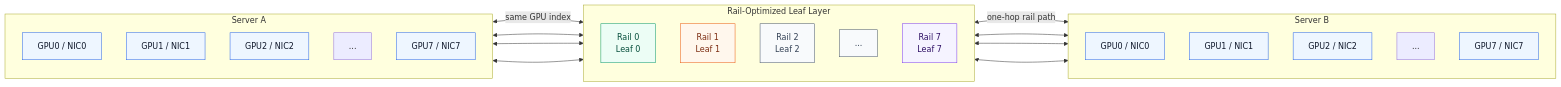
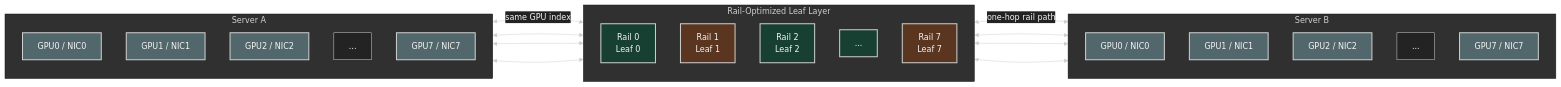
The third of 17 diagrams in ai-data-center-network/chap03/README.md (ziwon/ai-data-center-network), drawn with Mermaid before and after one commit. The commit also changed other lines of this file and 35 other files, not shown here.

Commit message:
docs(mermaid): apply dark diagram style

````diff
--- a/ai-data-center-network/chap03/README.md
+++ b/ai-data-center-network/chap03/README.md
@@ -228,46 +230,47 @@
 ```mermaid
+%%{init: {"theme": "base", "themeVariables": {"background": "#171717", "primaryColor": "#232323", "primaryTextColor": "#f5f5f5", "primaryBorderColor": "#d0d0d0", "lineColor": "#cfcfcf", "fontFamily": "Inter, Arial, sans-serif"}}}%%
 flowchart LR
-    classDef gpu fill:#eef6ff,stroke:#2563eb,color:#0f172a
-    classDef rail0 fill:#ecfdf5,stroke:#059669,color:#064e3b
-    classDef rail1 fill:#fff7ed,stroke:#ea580c,color:#7c2d12
-    classDef rail7 fill:#f5f3ff,stroke:#7c3aed,color:#2e1065
-    classDef switch fill:#f8fafc,stroke:#475569,color:#334155
+    classDef gpu fill:#52676b,stroke:#d0d0d0,color:#f5f5f5,stroke-width:2px;
+    classDef rail0 fill:#173f32,stroke:#d0d0d0,color:#f5f5f5,stroke-width:2px;
+    classDef rail1 fill:#5a3520,stroke:#d0d0d0,color:#f5f5f5,stroke-width:2px;
+    classDef rail7 fill:#5a3520,stroke:#d0d0d0,color:#f5f5f5,stroke-width:2px;
+    classDef switch fill:#173f32,stroke:#d0d0d0,color:#f5f5f5,stroke-width:2px;
 
     subgraph SA["Server A"]
         direction TB
         A0[GPU0 / NIC0]:::gpu
         A1[GPU1 / NIC1]:::gpu
         A2[GPU2 / NIC2]:::gpu
         AX[...]
         A7[GPU7 / NIC7]:::gpu
     end
 
     subgraph RF["Rail-Optimized Leaf Layer"]
         direction TB
         R0[Rail 0<br/>Leaf 0]:::rail0
         R1[Rail 1<br/>Leaf 1]:::rail1
         R2[Rail 2<br/>Leaf 2]:::switch
         RX[...]:::switch
         R7[Rail 7<br/>Leaf 7]:::rail7
     end
 
     subgraph SB["Server B"]
         direction TB
         B0[GPU0 / NIC0]:::gpu
         B1[GPU1 / NIC1]:::gpu
         B2[GPU2 / NIC2]:::gpu
         BX[...]
         B7[GPU7 / NIC7]:::gpu
     end
 
     A0 <-->|same GPU index| R0
     R0 <-->|one-hop rail path| B0
     A1 <--> R1
     R1 <--> B1
     A2 <--> R2
     R2 <--> B2
     AX ~~~ RX
     RX ~~~ BX
     A7 <--> R7
     R7 <--> B7
 ```
````
